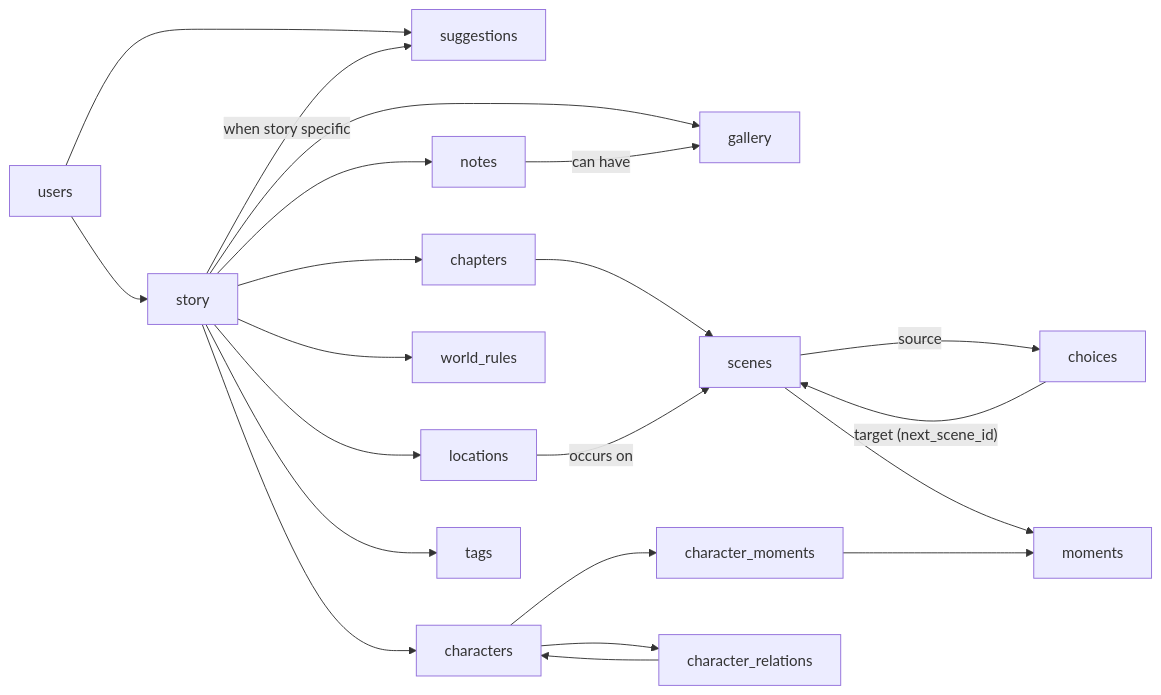
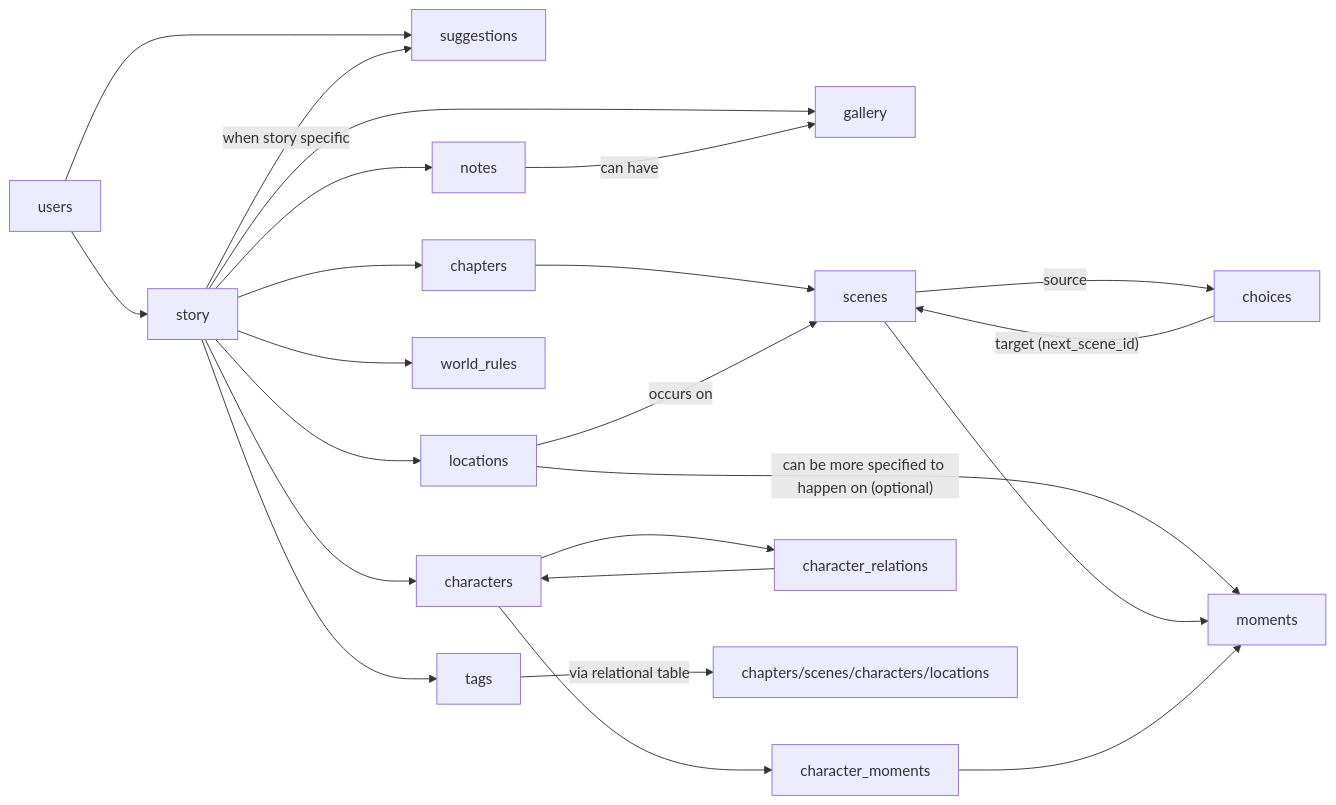
The diagram in docs/project_plan.md (CaioFViana/Keres), drawn with Mermaid before and after one commit.

Commit message:
Updated doc about entity diagram

````diff
--- a/docs/project_plan.md
+++ b/docs/project_plan.md
@@ -303,29 +303,32 @@
 ```mermaid
 graph LR
     users --> story
     users --> suggestions
 
     story --> characters
     story --> gallery
     story --> chapters
     story --> locations
     story --> world_rules
     story --> notes
     story --> tags
     story -- when story specific --> suggestions
 
     chapters --> scenes
     locations -- occurs on--> scenes
+    locations -- can be more specified to happen on (optional) --> moments
 
     scenes --> moments
     scenes -- source --> choices
     choices -- target (next_scene_id) --> scenes
 
     characters --> character_moments
     character_moments --> moments
 
     characters --> character_relations
     character_relations --> characters
 
     notes -- can have --> gallery
+
+    tags -- via relational table --> chapters/scenes/characters/locations
 ```
````
